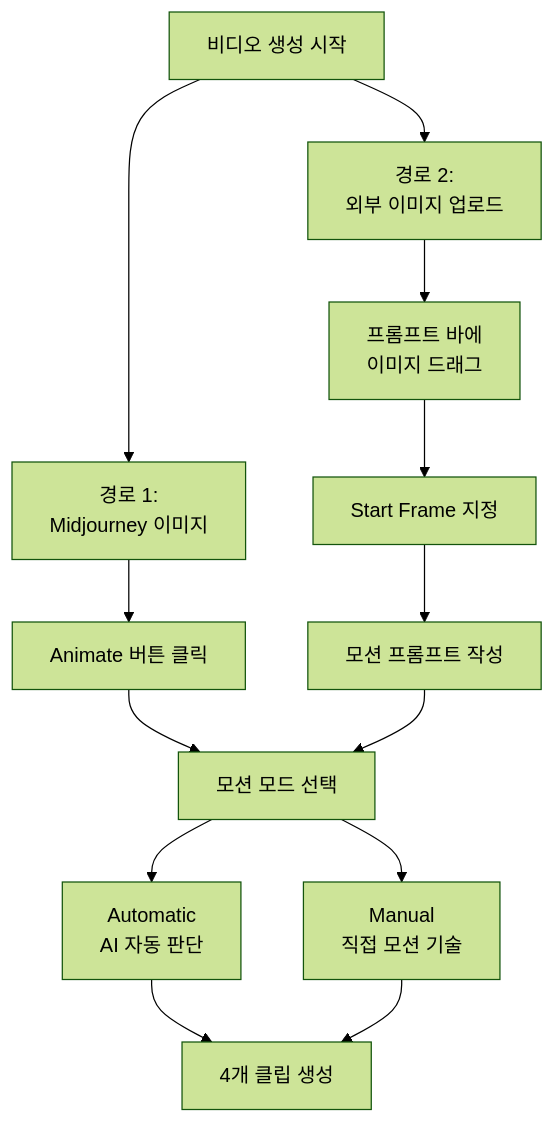
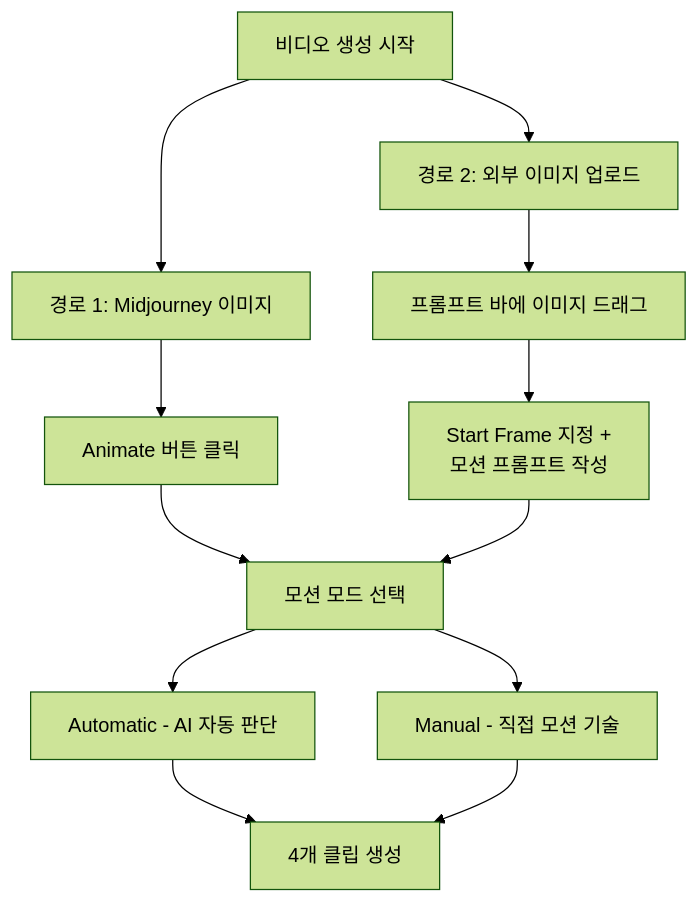
The second of 3 diagrams in 10-ch10-midjourney-영상-생성/01-01-midjourney-비디오-모델-소개.md (jsonpassion/forge-tutorial-promptcanvas), drawn with Mermaid (forest theme) before and after one commit. The commit also changed other lines of this file and 63 other files, not shown here.

````diff
--- a/10-ch10-midjourney-영상-생성/01-01-midjourney-비디오-모델-소개.md
+++ b/10-ch10-midjourney-영상-생성/01-01-midjourney-비디오-모델-소개.md
@@ -90,19 +66,14 @@
 ```mermaid
 flowchart TD
-    START["비디오 생성 시작"] --> PATH1["경로 1:<br/>Midjourney 이미지"]
-    START --> PATH2["경로 2:<br/>외부 이미지 업로드"]
-    
+    START["비디오 생성 시작"] --> PATH1["경로 1: Midjourney 이미지"]
+    START --> PATH2["경로 2: 외부 이미지 업로드"]
     PATH1 --> ANIMATE["Animate 버튼 클릭"]
-    PATH2 --> DRAG["프롬프트 바에<br/>이미지 드래그"]
-    DRAG --> FRAME["Start Frame 지정"]
-    FRAME --> MOTION_TEXT["모션 프롬프트 작성"]
-    
+    PATH2 --> DRAG["프롬프트 바에 이미지 드래그"]
+    DRAG --> FRAME["Start Frame 지정 +<br/>모션 프롬프트 작성"]
     ANIMATE --> MODE["모션 모드 선택"]
-    MOTION_TEXT --> MODE
-    
-    MODE --> AUTO["Automatic<br/>AI 자동 판단"]
-    MODE --> MANUAL["Manual<br/>직접 모션 기술"]
-    
+    FRAME --> MODE
+    MODE --> AUTO["Automatic - AI 자동 판단"]
+    MODE --> MANUAL["Manual - 직접 모션 기술"]
     AUTO --> RESULT["4개 클립 생성"]
     MANUAL --> RESULT
 ```
````
